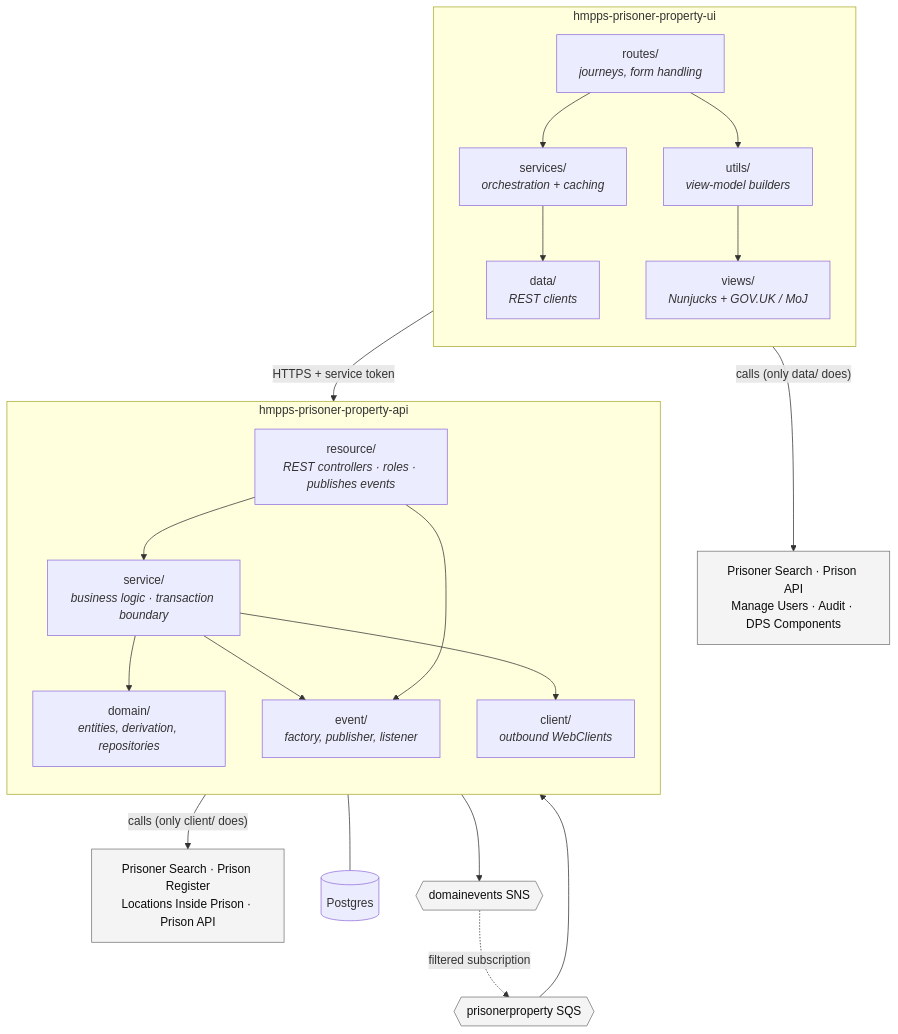
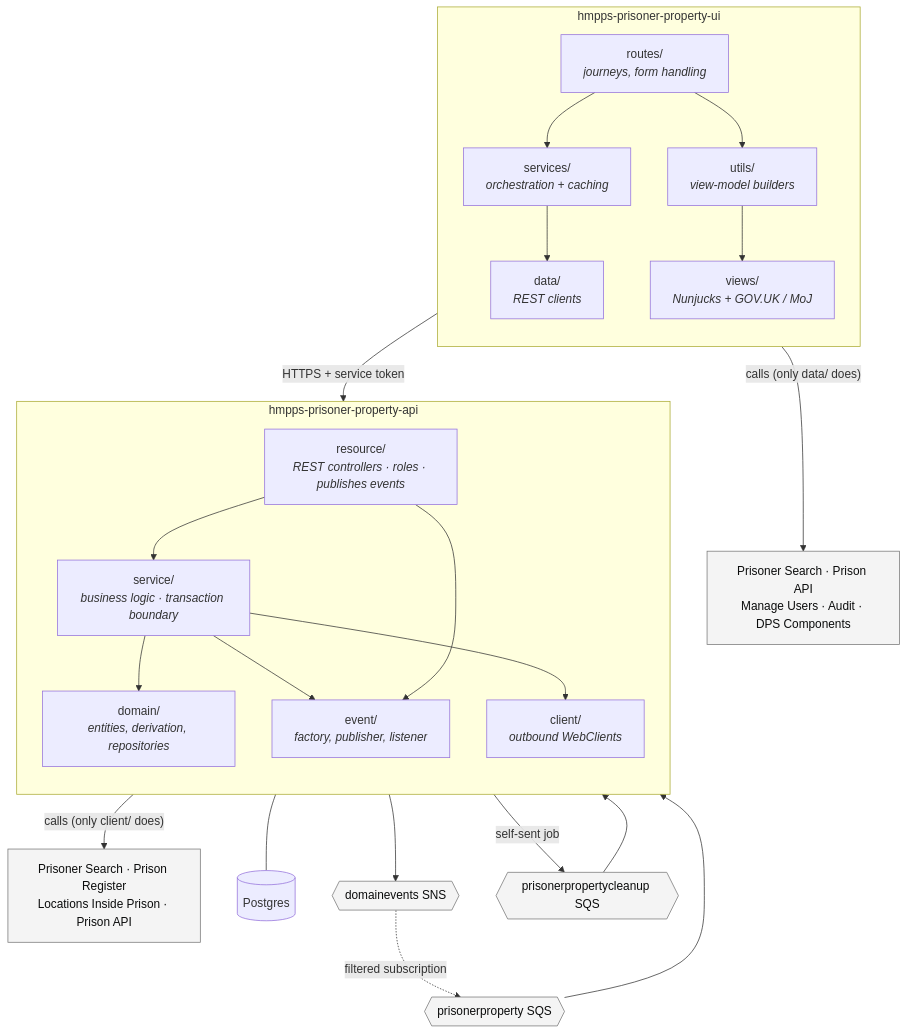
One commit to ministryofjustice/hmpps-prisoner-property-api changed the second of 6 diagrams in docs/architecture.md. Above: the diagram before and after it, drawn with Mermaid. The commit also changed other lines of this file and 34 other files, not shown here.

````diff
--- a/docs/architecture.md
+++ b/docs/architecture.md
@@ -101,43 +101,45 @@
 ```mermaid
 flowchart TB
     subgraph uibox["hmpps-prisoner-property-ui"]
         direction TB
         routes["routes/<br/><i>journeys, form handling</i>"]
         uisvc["services/<br/><i>orchestration + caching</i>"]
         uidata["data/<br/><i>REST clients</i>"]
         utils["utils/<br/><i>view-model builders</i>"]
         views["views/<br/><i>Nunjucks + GOV.UK / MoJ</i>"]
         routes --> uisvc --> uidata
         routes --> utils --> views
     end
 
     subgraph apibox["hmpps-prisoner-property-api"]
         direction TB
         resource["resource/<br/><i>REST controllers · roles · publishes events</i>"]
         service["service/<br/><i>business logic · transaction boundary</i>"]
         domain["domain/<br/><i>entities, derivation, repositories</i>"]
         event["event/<br/><i>factory, publisher, listener</i>"]
         client["client/<br/><i>outbound WebClients</i>"]
         resource --> service --> domain
         service --> event
         service --> client
         resource --> event
     end
 
     ext["Prisoner Search · Prison Register<br/>Locations Inside Prison · Prison API"]
     extui["Prisoner Search · Prison API<br/>Manage Users · Audit · DPS Components"]
     db[("Postgres")]
     sns{{"domainevents SNS"}}
     sqs{{"prisonerproperty SQS"}}
+    work{{"prisonerpropertycleanup SQS"}}
 
     uidata -- "HTTPS + service token" --> resource
     uidata -- "calls (only data/ does)" --> extui
     client -- "calls (only client/ does)" --> ext
     domain --- db
     event --> sns
     sqs --> event
     sns -. "filtered subscription" .-> sqs
+    service -- "self-sent job" --> work --> event
 
     classDef ext fill:#f4f4f4,stroke:#767676,color:#0b0c0c
-    class ext,extui,sns,sqs ext
+    class ext,extui,sns,sqs,work ext
 ```
````
